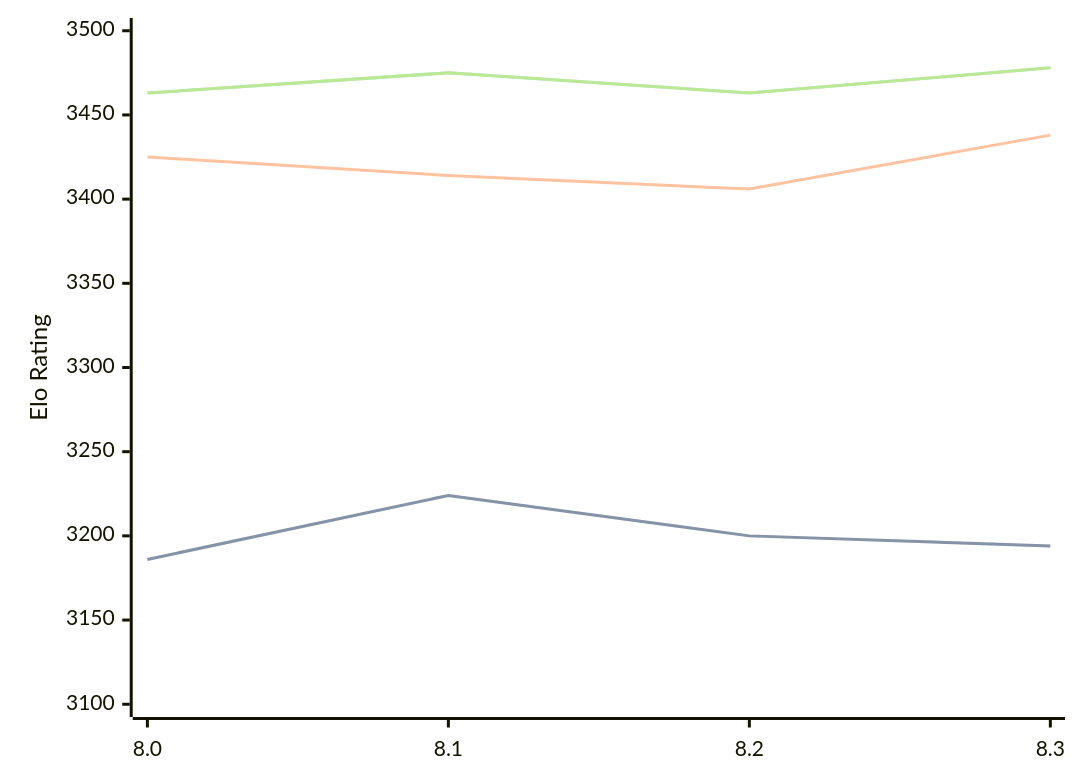
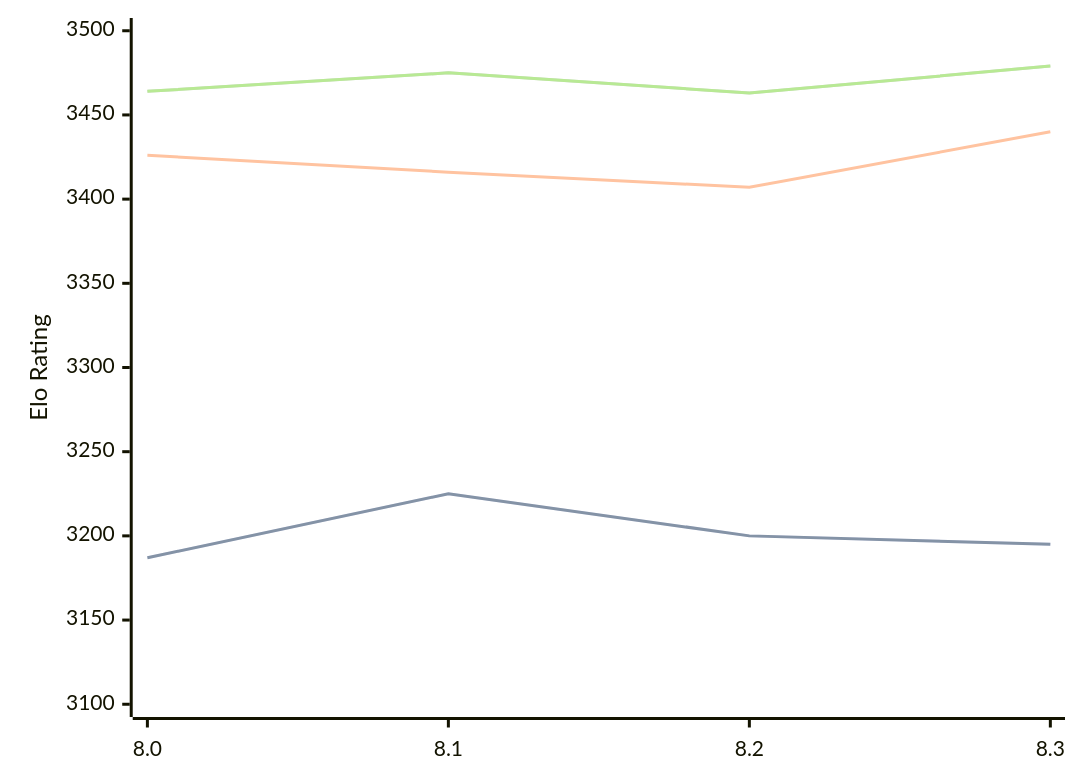
One commit to computer-chess-index/cci changed the diagram in engines/Alexander.md. Above: the diagram before and after it, drawn with Mermaid. The commit also changed other lines of this file, not shown here.

Commit message:
Update CCI Ratings (ELO VLTC) - 2026-05-12

````diff
--- a/engines/Alexander.md
+++ b/engines/Alexander.md
@@ -48,11 +48,11 @@
 ```mermaid
 %%{init: {"theme":"base","themeVariables":{"seriesColors:['#a3a3a3','#222221','#faa371']}}}%%
 xychart-beta
   x-axis ["8.0", "8.1", "8.2", "8.3"]
   y-axis "Elo Rating" 3100 --> 3500
-  line "STC (8.0+0.08s)" [3186, 3224, 3200, 3194]
-  line "STC (8.0+0.08s)" [3186, 3224, 3200, 3194]
-  line "LTC (60.0+0.60s)" [3425, 3414, 3406, 3438]
-  line "VLTC (2m24s+1.12s)" [3463, 3475, 3463, 3478]
-  line "VLTC (2m24s+1.12s)" [3463, 3475, 3463, 3478]
+  line "STC (8.0+0.08s)" [3187, 3225, 3200, 3195]
+  line "STC (8.0+0.08s)" [3187, 3225, 3200, 3195]
+  line "LTC (60.0+0.60s)" [3426, 3416, 3407, 3440]
+  line "VLTC (2m24s+1.12s)" [3464, 3475, 3463, 3479]
+  line "VLTC (2m24s+1.12s)" [3464, 3475, 3463, 3479]
 ```
````
